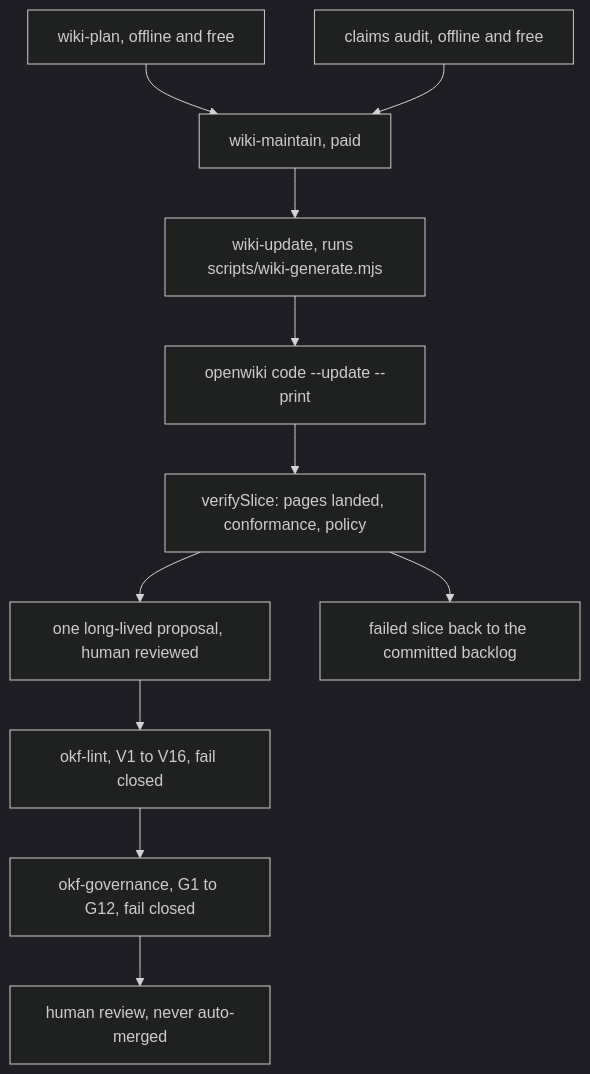
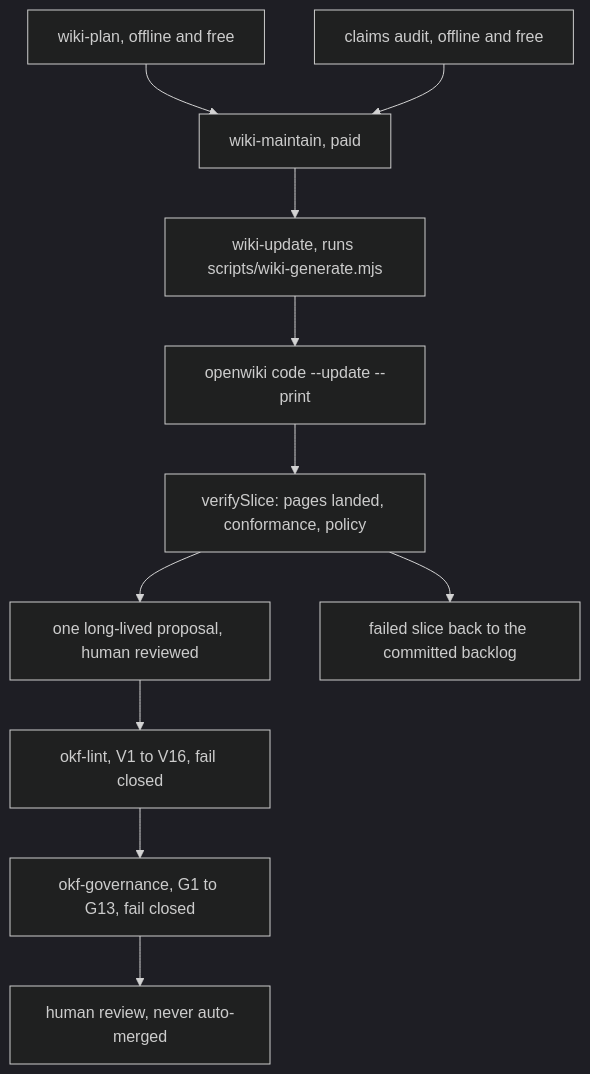
The diagram in openwiki/process/wiki-maintenance.md (jumbleknot/MovieCollectionManager), drawn with Mermaid (dark theme) before and after one commit. The commit also changed other lines of this file and 55 other files, not shown here.

````diff
--- a/openwiki/process/wiki-maintenance.md
+++ b/openwiki/process/wiki-maintenance.md
@@ -83,13 +93,13 @@
 ```mermaid
 flowchart TD
     Plan["wiki-plan, offline and free"] --> Maintain["wiki-maintain, paid"]
     Audit["claims audit, offline and free"] --> Maintain
     Maintain --> Generate["wiki-update, runs scripts/wiki-generate.mjs"]
     Generate --> Cli["openwiki code --update --print"]
     Cli --> Verify["verifySlice: pages landed, conformance, policy"]
     Verify --> Proposal["one long-lived proposal, human reviewed"]
     Verify --> Backlog["failed slice back to the committed backlog"]
     Proposal --> Lint["okf-lint, V1 to V16, fail closed"]
-    Lint --> Gov["okf-governance, G1 to G12, fail closed"]
+    Lint --> Gov["okf-governance, G1 to G13, fail closed"]
     Gov --> Review["human review, never auto-merged"]
 ```
````
